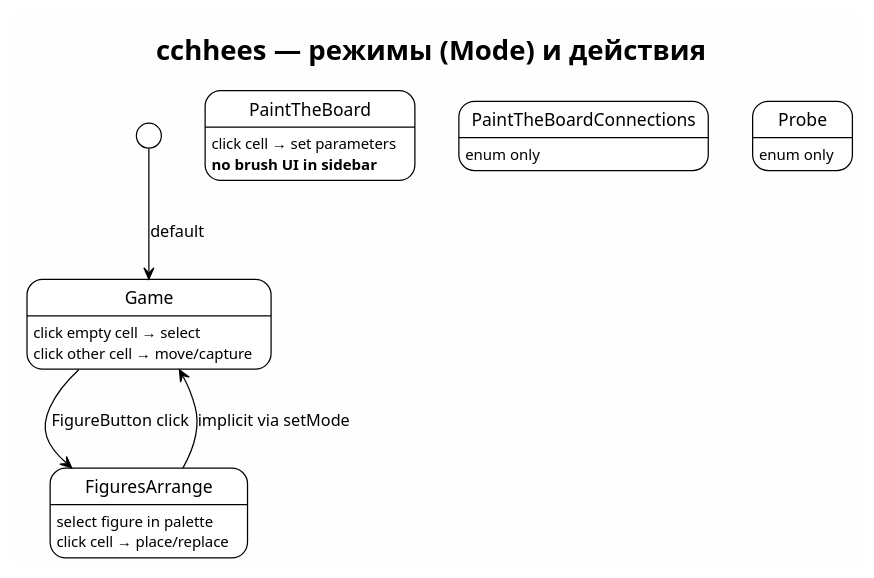
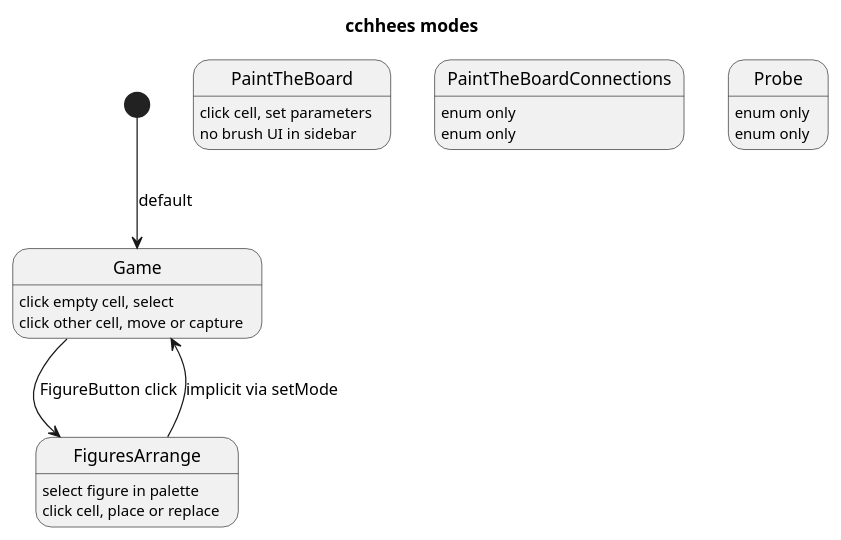
The third of 3 diagrams in docs/architecture.puml (namenameemail/cchhees), drawn with PlantUML before and after one commit. The commit also changed other lines of this file and 11 other files, not shown here.

```diff
--- a/docs/architecture.puml
+++ b/docs/architecture.puml
@@ -204,36 +171,41 @@
 @startuml cchhees-state-machine
-!theme plain
-skinparam backgroundColor #FEFEFE
-skinparam shadowing false
 
-title cchhees — режимы (Mode) и действия
+title cchhees modes
 
 [*] --> Game : default
 
 state Game {
-  Game : click empty cell → select
-  Game : click other cell → move/capture
+  Game : click empty cell, select
+  Game : click other cell, move or capture
 }
 
 state FiguresArrange {
   FiguresArrange : select figure in palette
-  FiguresArrange : click cell → place/replace
+  FiguresArrange : click cell, place or replace
 }
 
 state PaintTheBoard {
-  PaintTheBoard : click cell → set parameters
-  PaintTheBoard : **no brush UI in sidebar**
+  PaintTheBoard : click cell, set parameters
+  PaintTheBoard : no brush UI in sidebar
+}
+
+state PaintTheBoardConnections <<unused>> {
+  PaintTheBoardConnections : enum only
+}
+
+state Probe <<unused>> {
+  Probe : enum only
 }
 
 state PaintTheBoardConnections <<unused>> {
   PaintTheBoardConnections : enum only
 }
 
 state Probe <<unused>> {
   Probe : enum only
 }
 
 Game --> FiguresArrange : FigureButton click
 FiguresArrange --> Game : implicit via setMode
 
 @enduml
```
